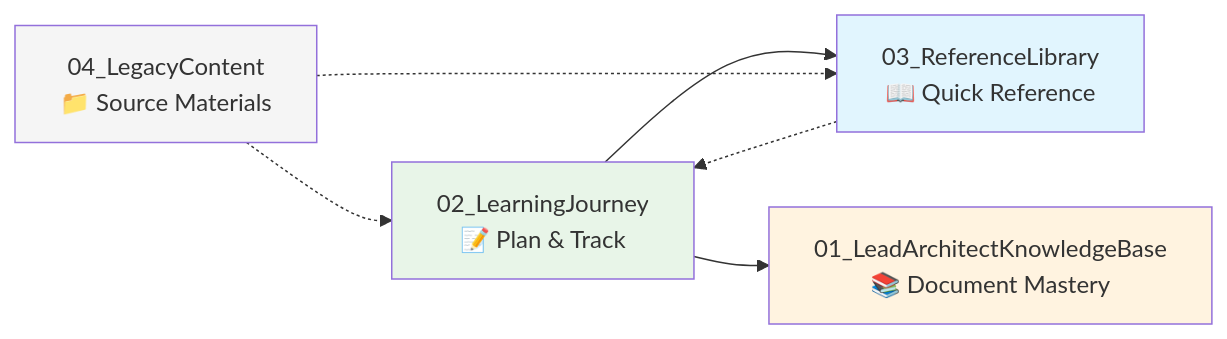
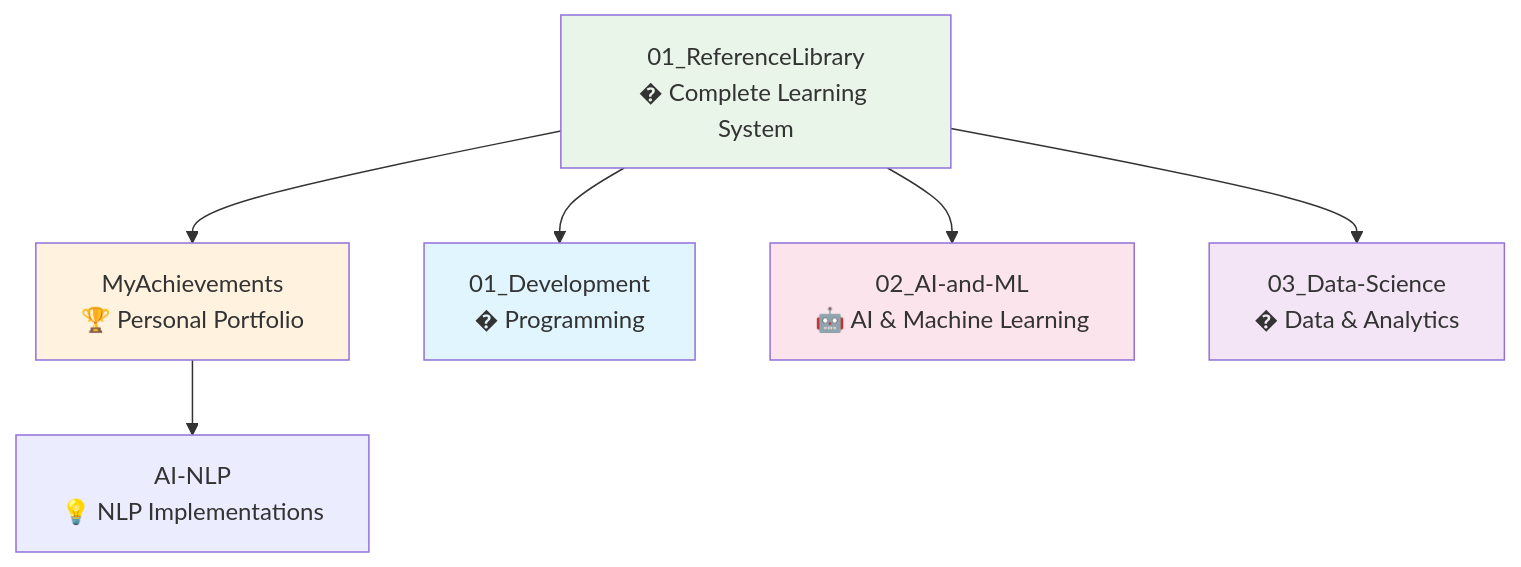
Before and after one commit to Swamy-s-Tech-Skills-Academy/swamy-tech-skills-academy-main: the first of 10 diagrams in README.md, drawn with Mermaid. The commit also changed other lines of this file and 156 other files, not shown here.

First line of the commit message:
Add DevOps track and taxonomy map; document NLP achievements

````diff
--- a/README.md
+++ b/README.md
@@ -32,13 +32,15 @@
 ```mermaid
-graph LR
-    A[02_LearningJourney<br/>📝 Plan & Track] --> B[03_ReferenceLibrary<br/>📖 Quick Reference]
-    A --> C[01_LeadArchitectKnowledgeBase<br/>📚 Document Mastery]
-    B -.-> A
-    D[04_LegacyContent<br/>📁 Source Materials] -.-> B
-    D -.-> A
-
+graph TD
+    A[01_ReferenceLibrary<br/>� Complete Learning System] --> B[MyAchievements<br/>🏆 Personal Portfolio]
+    A --> C[01_Development<br/>�️ Programming]
+    A --> D[02_AI-and-ML<br/>🤖 AI & Machine Learning]
+    A --> E[03_Data-Science<br/>� Data & Analytics]
+    
+    B --> F[AI-NLP<br/>💡 NLP Implementations]
+    
     style A fill:#e8f5e8
-    style B fill:#e1f5fe
-    style C fill:#fff3e0
-    style D fill:#f5f5f5
+    style B fill:#fff3e0
+    style C fill:#e1f5fe
+    style D fill:#fce4ec
+    style E fill:#f3e5f5
 ```
````
